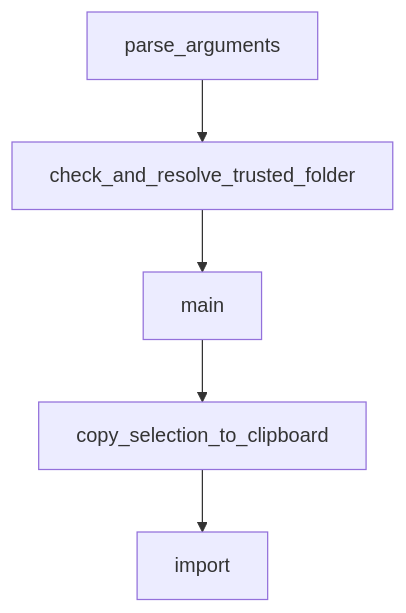
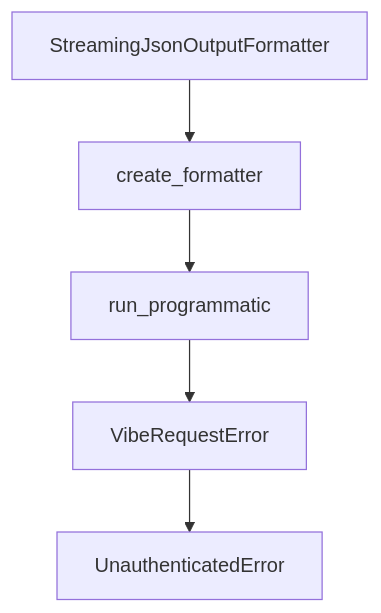
One commit to johnxie/awesome-code-docs changed the diagram in tutorials/mistral-vibe-tutorial/08-production-operations-and-governance.md. Above: the diagram before and after it, drawn with Mermaid. The commit also changed other lines of this file and 1232 other files, not shown here.

````diff
--- a/tutorials/mistral-vibe-tutorial/08-production-operations-and-governance.md
+++ b/tutorials/mistral-vibe-tutorial/08-production-operations-and-governance.md
@@ -191,12 +179,12 @@
 ```mermaid
 flowchart TD
-    A[parse_arguments]
-    B[check_and_resolve_trusted_folder]
-    C[main]
-    D[copy_selection_to_clipboard]
-    E[import]
+    A[StreamingJsonOutputFormatter]
+    B[create_formatter]
+    C[run_programmatic]
+    D[VibeRequestError]
+    E[UnauthenticatedError]
     A --> B
     B --> C
     C --> D
     D --> E
 ```
````
